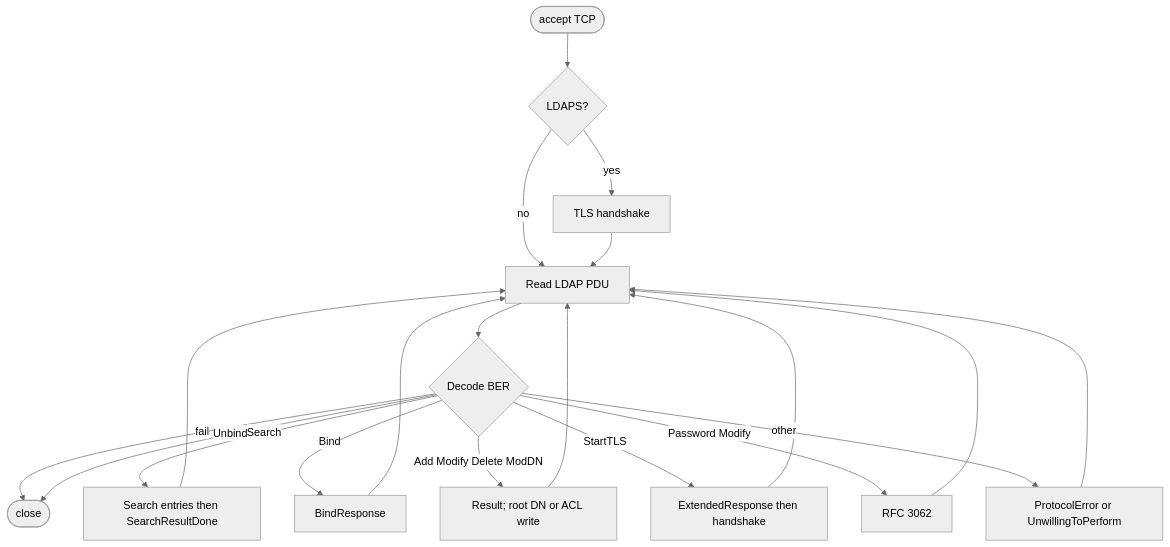
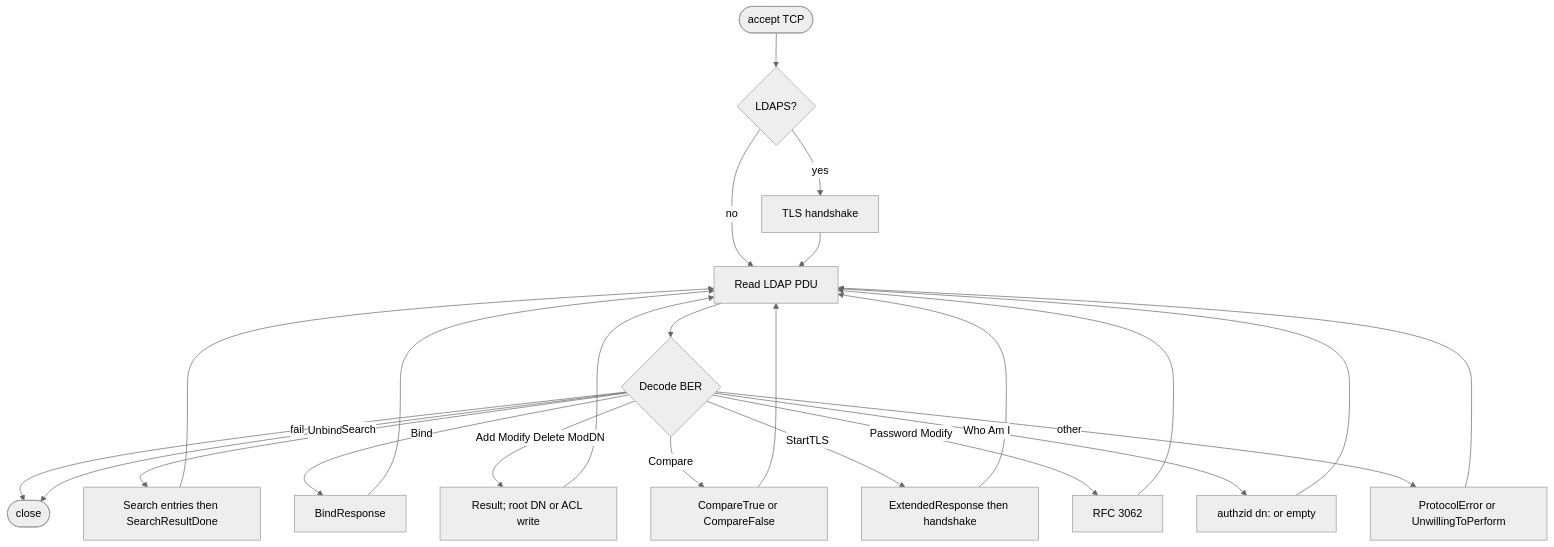
The first of 4 diagrams in docs/diagrams/flow.md (SimpleDaemons/simple-ldapd), drawn with Mermaid (neutral theme) before and after one commit. The commit also changed 21 other files, not shown here.

````diff
--- a/docs/diagrams/flow.md
+++ b/docs/diagrams/flow.md
@@ -5,22 +5,26 @@
 ```mermaid
 flowchart TD
   Start([accept TCP]) --> TLS{LDAPS?}
   TLS -->|yes| Handshake[TLS handshake]
   TLS -->|no| Read
   Handshake --> Read[Read LDAP PDU]
   Read --> Decode{Decode BER}
   Decode -->|fail| Close([close])
   Decode -->|Unbind| Close
   Decode -->|Search| Search[Search entries then SearchResultDone]
   Decode -->|Bind| Bind[BindResponse]
   Decode -->|Add Modify Delete ModDN| Write[Result; root DN or ACL write]
+  Decode -->|Compare| Cmp[CompareTrue or CompareFalse]
   Decode -->|StartTLS| STLS[ExtendedResponse then handshake]
   Decode -->|Password Modify| Pw[RFC 3062]
+  Decode -->|Who Am I| Who[authzid dn: or empty]
   Decode -->|other| Err[ProtocolError or UnwillingToPerform]
   Search --> Read
   Bind --> Read
   Write --> Read
+  Cmp --> Read
   STLS --> Read
   Pw --> Read
+  Who --> Read
   Err --> Read
 ```
````
